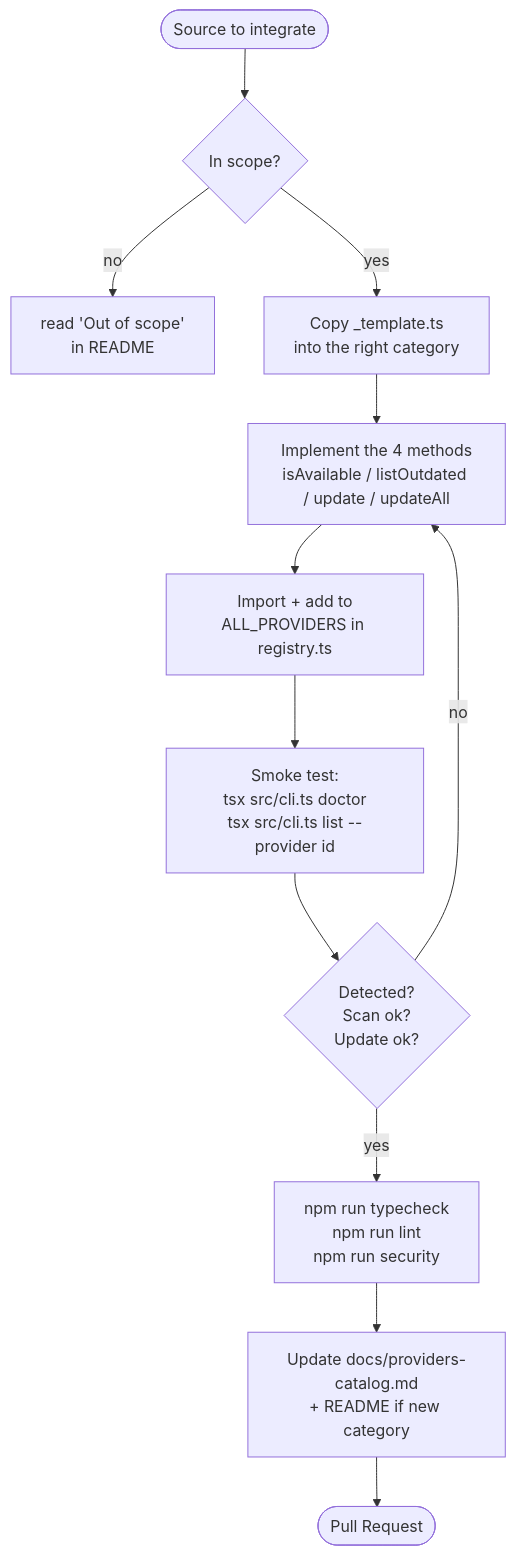
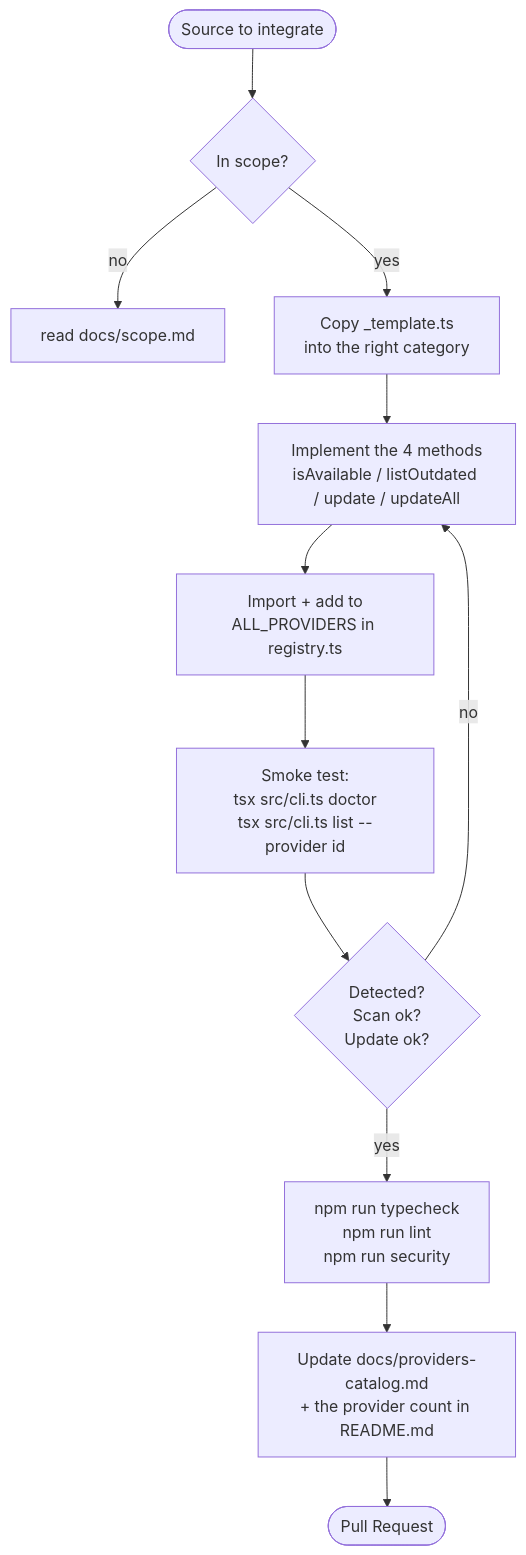
The first of 3 diagrams in CONTRIBUTING.md (LINDECKER-Charles/gup), drawn with Mermaid before and after one commit. The commit also changed other lines of this file and 7 other files, not shown here.

````diff
--- a/CONTRIBUTING.md
+++ b/CONTRIBUTING.md
@@ -47,14 +52,14 @@
 ```mermaid
 flowchart TD
     Start([Source to integrate]) --> Scope{In scope?}
-    Scope -->|no| OutOfScope[read 'Out of scope'<br/>in README]
+    Scope -->|no| OutOfScope[read docs/scope.md]
     Scope -->|yes| Copy[Copy _template.ts<br/>into the right category]
     Copy --> Impl[Implement the 4 methods<br/>isAvailable / listOutdated / update / updateAll]
     Impl --> Register[Import + add to<br/>ALL_PROVIDERS in registry.ts]
     Register --> Smoke[Smoke test:<br/>tsx src/cli.ts doctor<br/>tsx src/cli.ts list --provider id]
     Smoke --> Pass{Detected?<br/>Scan ok?<br/>Update ok?}
     Pass -->|no| Impl
     Pass -->|yes| Tests[npm run typecheck<br/>npm run lint<br/>npm run security]
-    Tests --> Doc[Update docs/providers-catalog.md<br/>+ README if new category]
+    Tests --> Doc[Update docs/providers-catalog.md<br/>+ the provider count in README.md]
     Doc --> PR([Pull Request])
 ```
````
